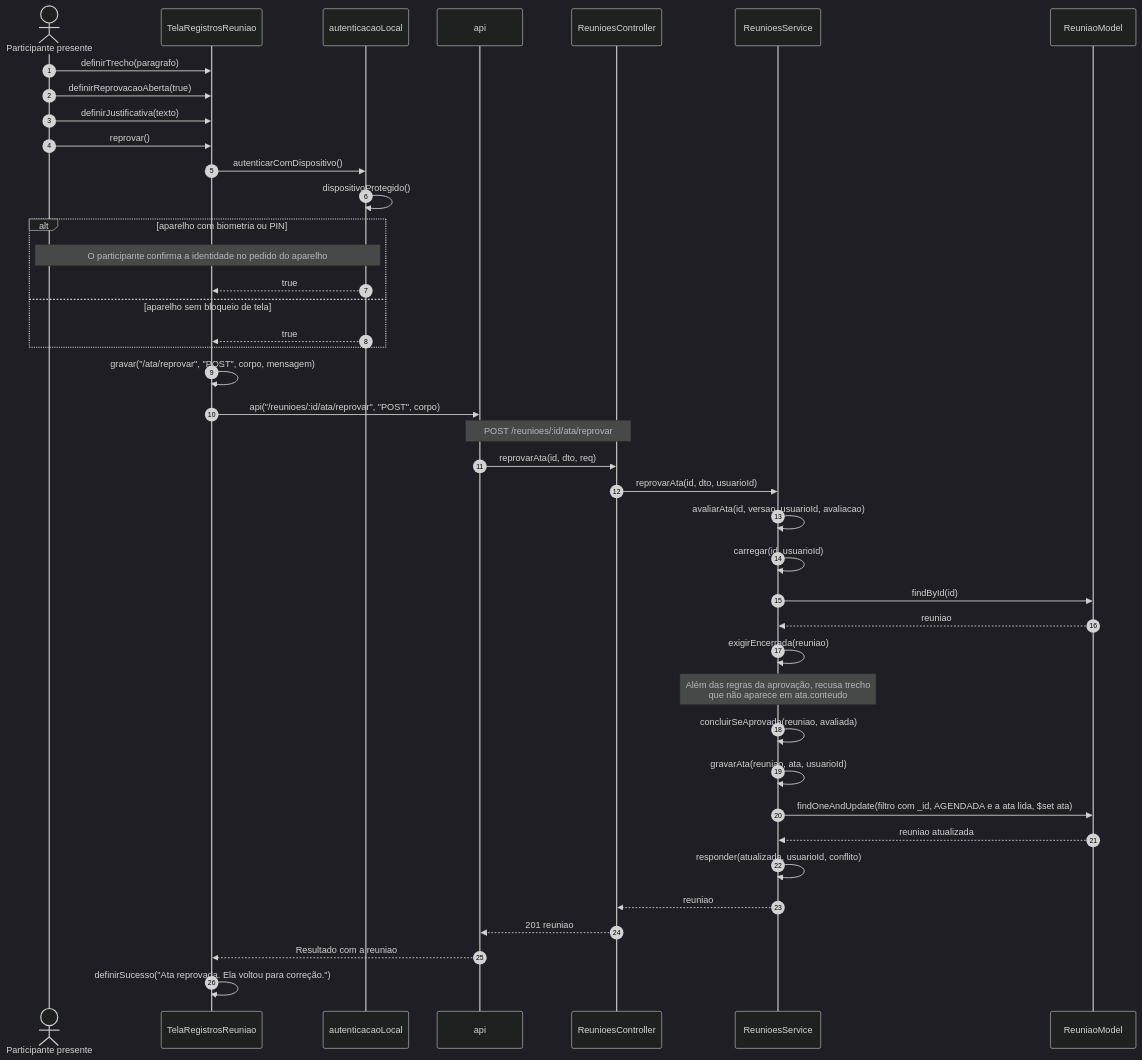
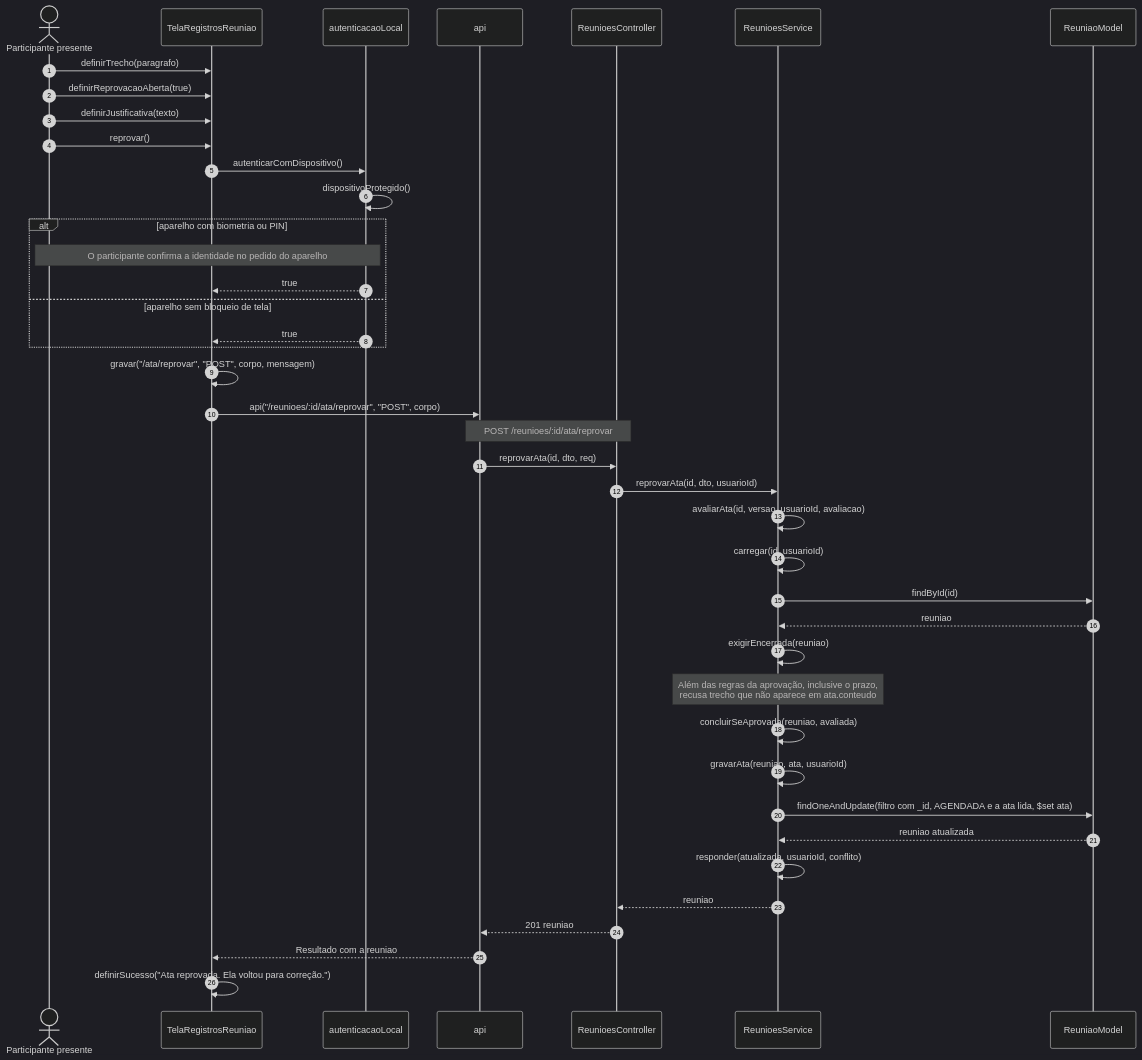
The fifth of 9 diagrams in 4 - Incremento3/atas/6 - diagramas-sequencia-atas.md (Conecta-IFSP/DOCUMENTATION), drawn with Mermaid (dark theme) before and after one commit. The commit also changed other lines of this file and 9 other files, not shown here.

Commit message:
Documenta a aprovação da ata pelo fim do prazo

````diff
--- a/4 - Incremento3/atas/6 - diagramas-sequencia-atas.md
+++ b/4 - Incremento3/atas/6 - diagramas-sequencia-atas.md
@@ -147,43 +172,43 @@
 ```mermaid
 sequenceDiagram
     autonumber
     actor U as Participante presente
     participant T as TelaRegistrosReuniao
     participant L as autenticacaoLocal
     participant A as api
     participant C as ReunioesController
     participant S as ReunioesService
     participant M as ReuniaoModel
     U->>T: definirTrecho(paragrafo)
     U->>T: definirReprovacaoAberta(true)
     U->>T: definirJustificativa(texto)
     U->>T: reprovar()
     T->>L: autenticarComDispositivo()
     L->>L: dispositivoProtegido()
     alt aparelho com biometria ou PIN
         Note over U,L: O participante confirma a identidade no pedido do aparelho
         L-->>T: true
     else aparelho sem bloqueio de tela
         L-->>T: true
     end
     T->>T: gravar("/ata/reprovar", "POST", corpo, mensagem)
     T->>A: api("/reunioes/:id/ata/reprovar", "POST", corpo)
     Note over A,C: POST /reunioes/:id/ata/reprovar
     A->>C: reprovarAta(id, dto, req)
     C->>S: reprovarAta(id, dto, usuarioId)
     S->>S: avaliarAta(id, versao, usuarioId, avaliacao)
     S->>S: carregar(id, usuarioId)
     S->>M: findById(id)
     M-->>S: reuniao
     S->>S: exigirEncerrada(reuniao)
-    Note over S: Além das regras da aprovação, recusa trecho<br/>que não aparece em ata.conteudo
+    Note over S: Além das regras da aprovação, inclusive o prazo,<br/>recusa trecho que não aparece em ata.conteudo
     S->>S: concluirSeAprovada(reuniao, avaliada)
     S->>S: gravarAta(reuniao, ata, usuarioId)
     S->>M: findOneAndUpdate(filtro com _id, AGENDADA e a ata lida, $set ata)
     M-->>S: reuniao atualizada
     S->>S: responder(atualizada, usuarioId, conflito)
     S-->>C: reuniao
     C-->>A: 201 reuniao
     A-->>T: Resultado com a reuniao
     T->>T: definirSucesso("Ata reprovada. Ela voltou para correção.")
 ```
````
